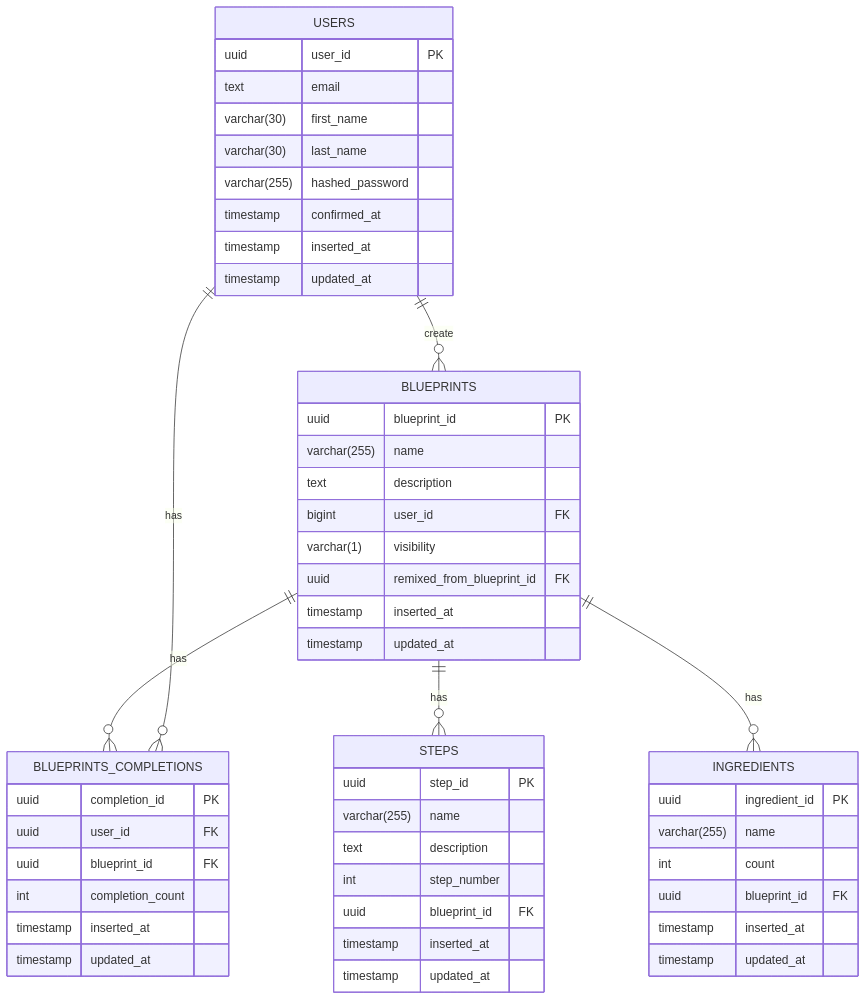
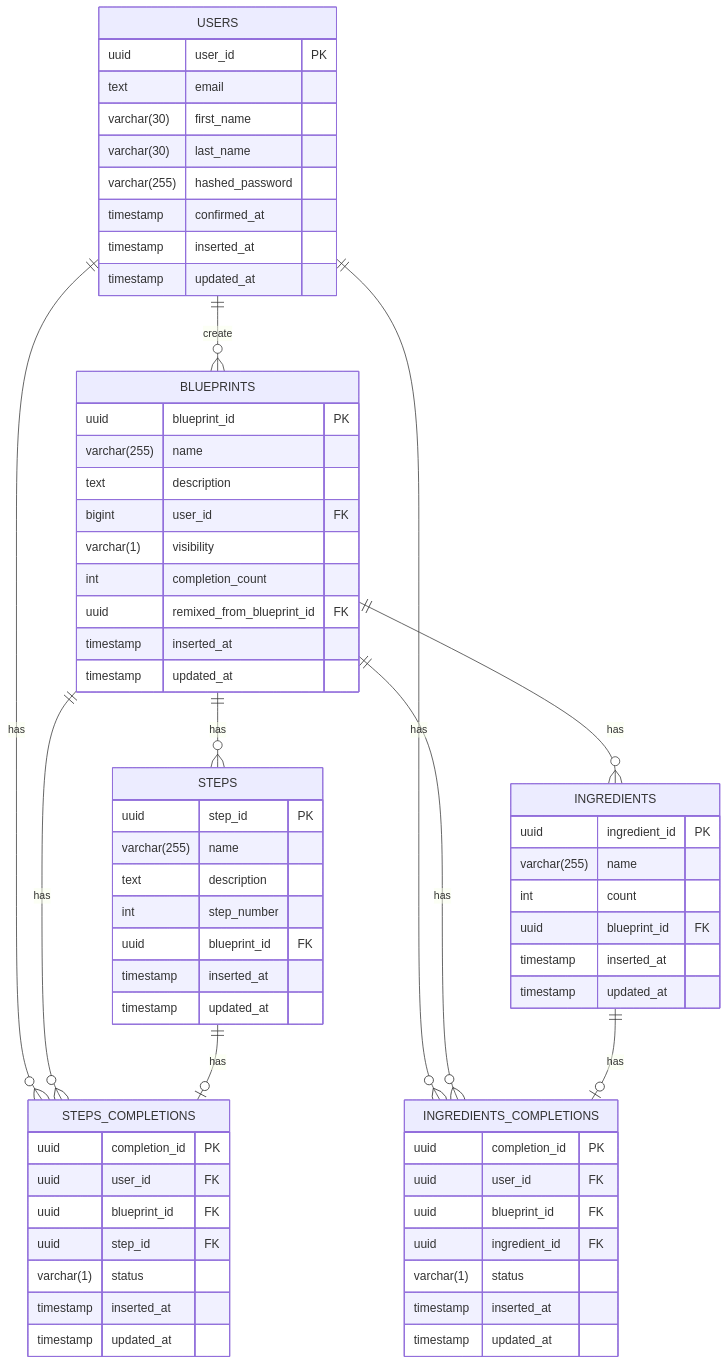
One commit to m4hi2/taskchecklist changed the diagram in README.md. Above: the diagram before and after it, drawn with Mermaid.

Commit message:
docs: revamp erd

````diff
--- a/README.md
+++ b/README.md
@@ -14,53 +14,74 @@
 ```mermaid
 erDiagram
-    USERS ||--o{ BLUEPRINTS : create
     USERS {
         uuid user_id PK
         text email
         varchar(30) first_name
         varchar(30) last_name
         varchar(255) hashed_password
         timestamp confirmed_at
         timestamp inserted_at
         timestamp updated_at
     }
+    USERS ||--o{ BLUEPRINTS : create
+    USERS ||--o{ STEPS_COMPLETIONS : has
+    USERS ||--o{ INGREDIENTS_COMPLETIONS : has
+
     BLUEPRINTS {
       uuid blueprint_id PK
       varchar(255) name
       text description
       bigint user_id FK
       varchar(1) visibility
+      int completion_count
       uuid remixed_from_blueprint_id FK
       timestamp inserted_at
       timestamp updated_at
     }
-    BLUEPRINTS ||--o{ BLUEPRINTS_COMPLETIONS : has
-    USERS ||--o{ BLUEPRINTS_COMPLETIONS : has
-    BLUEPRINTS_COMPLETIONS {
-        uuid completion_id PK
-        uuid user_id FK
-        uuid blueprint_id FK 
-        int completion_count
-        timestamp inserted_at
-        timestamp updated_at
-    }
+    BLUEPRINTS ||--o{ STEPS_COMPLETIONS : has
+    BLUEPRINTS ||--o{ INGREDIENTS_COMPLETIONS : has
     BLUEPRINTS ||--o{ STEPS : has
+    BLUEPRINTS ||--o{ INGREDIENTS : has
+
     STEPS {
         uuid step_id PK
         varchar(255) name
         text description
         int step_number
         uuid blueprint_id FK
         timestamp inserted_at
         timestamp updated_at
     }
-    BLUEPRINTS ||--o{ INGREDIENTS : has
+    STEPS ||--o| STEPS_COMPLETIONS : has
     INGREDIENTS {
         uuid ingredient_id PK
         varchar(255) name
         int count
         uuid blueprint_id FK
         timestamp inserted_at
         timestamp updated_at
     }
+    INGREDIENTS ||--o| INGREDIENTS_COMPLETIONS : has
+
+    STEPS_COMPLETIONS {
+        uuid completion_id PK
+        uuid user_id FK
+        uuid blueprint_id FK 
+        uuid step_id FK 
+        varchar(1) status
+        timestamp inserted_at
+        timestamp updated_at
+    }
+
+
+    INGREDIENTS_COMPLETIONS {
+        uuid completion_id PK
+        uuid user_id FK
+        uuid blueprint_id FK 
+        uuid ingredient_id FK 
+        varchar(1) status
+        timestamp inserted_at
+        timestamp updated_at
+    }
+
 ```
````
